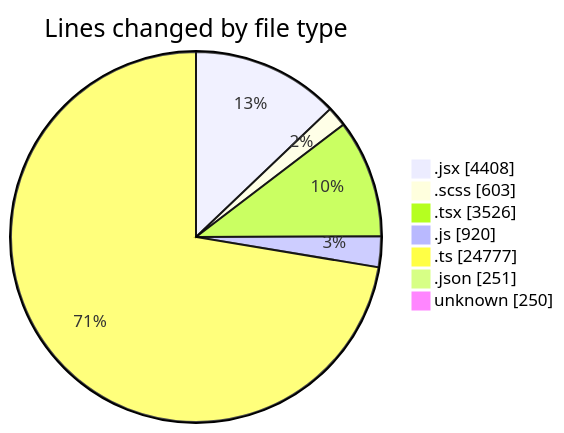
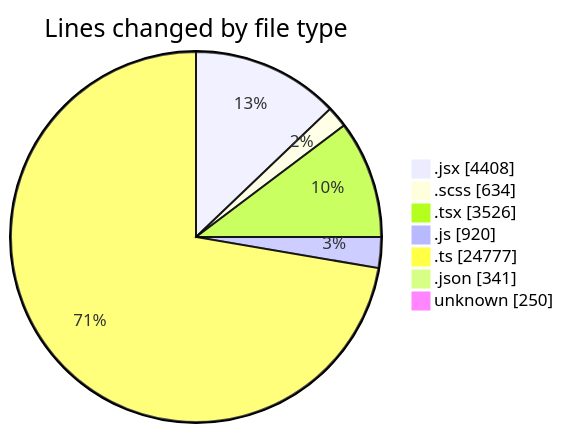
The first of 2 diagrams in 2026-09-02/cda/README.md (momahboobian/code-tracking), drawn with Mermaid before and after one commit. The commit also changed other lines of this file and 1 other file, not shown here.

````diff
--- a/2026-09-02/cda/README.md
+++ b/2026-09-02/cda/README.md
@@ -77,11 +78,11 @@
 ```mermaid
 pie showData
 title Lines changed by file type
 ".jsx" : 4408
-".scss" : 603
+".scss" : 634
 ".tsx" : 3526
 ".js" : 920
 ".ts" : 24777
-".json" : 251
+".json" : 341
 "unknown" : 250
 ```
````
